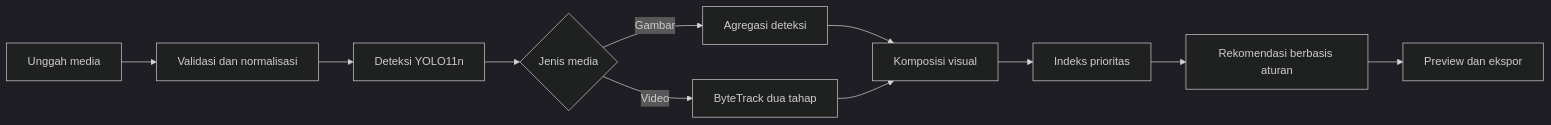
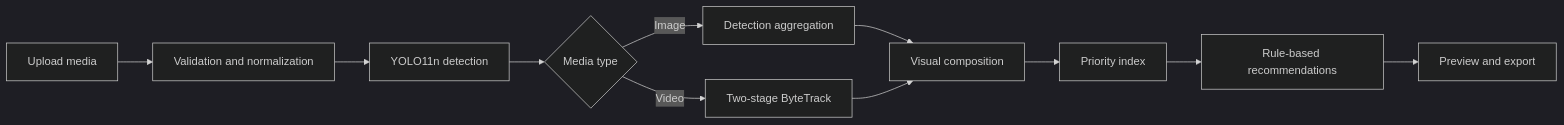
One commit to b1n0r10n/riversort-ai changed the diagram in README.md. Above: the diagram before and after it, drawn with Mermaid (dark theme). The commit also changed other lines of this file, not shown here.

````diff
--- a/README.md
+++ b/README.md
@@ -70,13 +79,13 @@
 ```mermaid
 flowchart LR
-    A[Unggah media] --> B[Validasi dan normalisasi]
-    B --> C[Deteksi YOLO11n]
-    C --> D{Jenis media}
-    D -->|Gambar| E[Agregasi deteksi]
-    D -->|Video| F[ByteTrack dua tahap]
-    E --> G[Komposisi visual]
+    A[Upload media] --> B[Validation and normalization]
+    B --> C[YOLO11n detection]
+    C --> D{Media type}
+    D -->|Image| E[Detection aggregation]
+    D -->|Video| F[Two-stage ByteTrack]
+    E --> G[Visual composition]
     F --> G
-    G --> H[Indeks prioritas]
-    H --> I[Rekomendasi berbasis aturan]
-    I --> J[Preview dan ekspor]
+    G --> H[Priority index]
+    H --> I[Rule-based recommendations]
+    I --> J[Preview and export]
 ```
````
